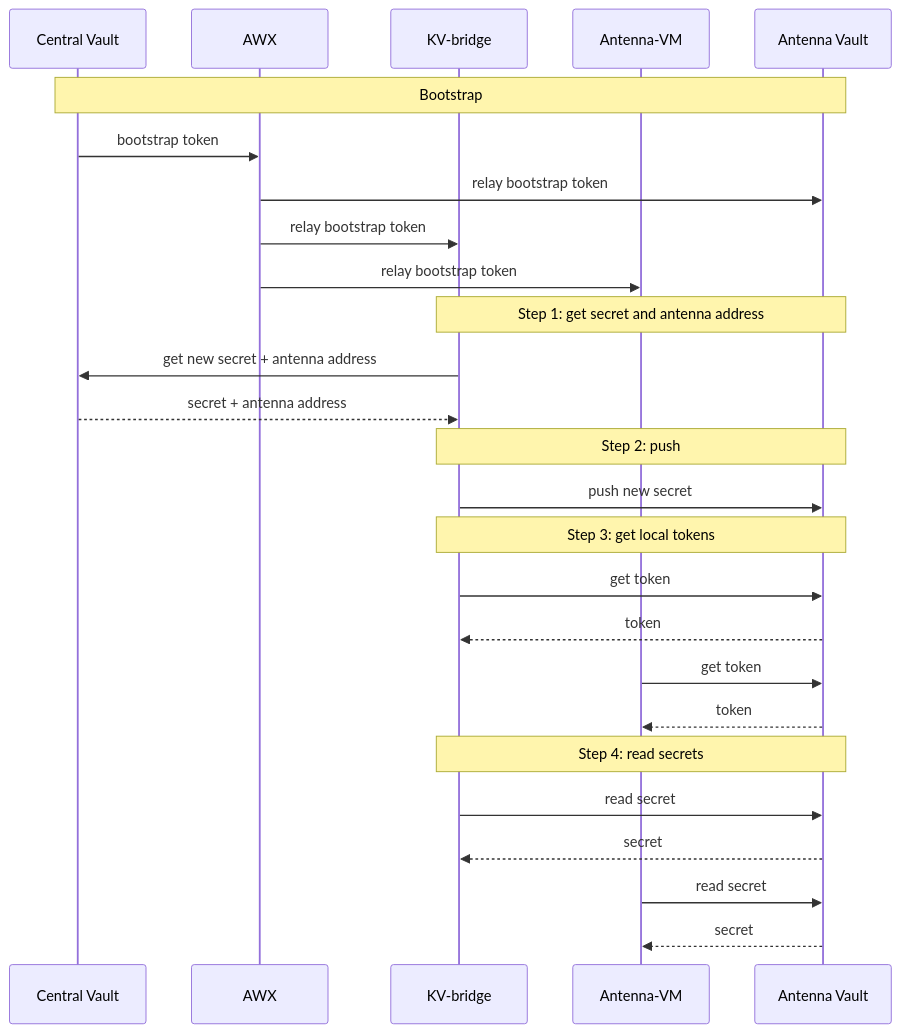
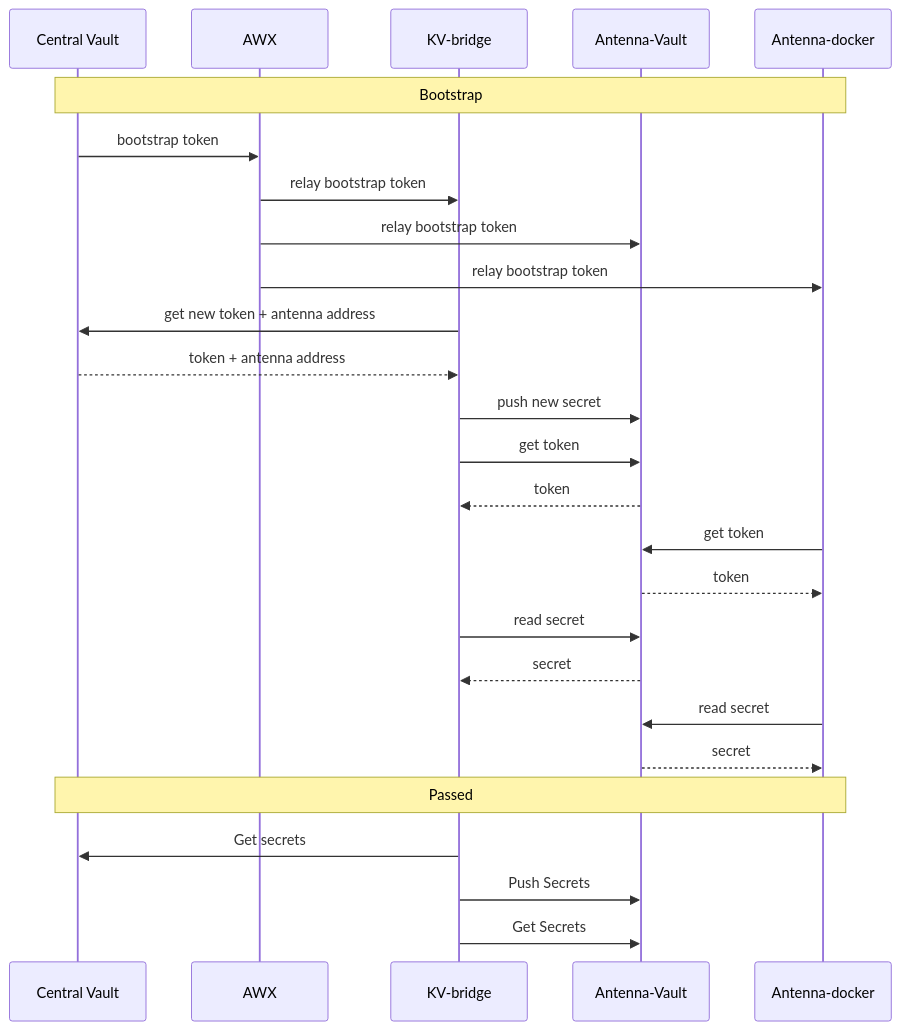
Before and after one commit to Benjy0812/kv-bridge: the diagram in flow.mermaid, drawn with Mermaid.

Commit message:
Update mermaid flow chart

```diff
--- a/flow.mermaid
+++ b/flow.mermaid
@@ -1,31 +1,33 @@
 sequenceDiagram
-participant C as Central Vault
-participant A as AWX
-participant Cam as KV-bridge
-participant T as Antenna-VM
-participant Ant as Antenna Vault
+    participant CLOUD as Central Vault
+    participant AWX as AWX
+    participant BRIDGE as KV-bridge
+    participant ANTENNA_VAULT as Antenna-Vault
+    participant ANTENNA_DOCKER as Antenna-docker
 
-Note over C,Ant: Bootstrap
-C->>A: bootstrap token
-A->>Ant: relay bootstrap token
-A->>Cam: relay bootstrap token
-A->>T: relay bootstrap token
+    Note over CLOUD,ANTENNA_DOCKER: Bootstrap
+    CLOUD->>AWX: bootstrap token
+    AWX->>BRIDGE: relay bootstrap token
+    AWX->>ANTENNA_VAULT: relay bootstrap token
+    AWX->>ANTENNA_DOCKER: relay bootstrap token
 
-Note over Cam,Ant: Step 1: get secret and antenna address
-Cam->>C: get new secret + antenna address
-C-->>Cam: secret + antenna address
+    BRIDGE->>CLOUD: get new token + antenna address
+    CLOUD-->>BRIDGE: token + antenna address
 
-Note over Cam,Ant: Step 2: push
-Cam->>Ant: push new secret
+    BRIDGE->>ANTENNA_VAULT: push new secret
+    BRIDGE->>ANTENNA_VAULT: get token
+    ANTENNA_VAULT-->>BRIDGE: token
 
-Note over Cam,Ant: Step 3: get local tokens
-Cam->>Ant: get token
-Ant-->>Cam: token
-T->>Ant: get token
-Ant-->>T: token
+    ANTENNA_DOCKER->>ANTENNA_VAULT: get token
+    ANTENNA_VAULT-->>ANTENNA_DOCKER: token
 
-Note over Cam,Ant: Step 4: read secrets
-Cam->>Ant: read secret
-Ant-->>Cam: secret
-T->>Ant: read secret
-Ant-->>T: secret
+    BRIDGE->>ANTENNA_VAULT: read secret
+    ANTENNA_VAULT-->>BRIDGE: secret
+
+    ANTENNA_DOCKER->>ANTENNA_VAULT: read secret
+    ANTENNA_VAULT-->>ANTENNA_DOCKER: secret
+
+    Note over CLOUD,ANTENNA_DOCKER: Passed
+    BRIDGE ->> CLOUD: Get secrets
+    BRIDGE ->> ANTENNA_VAULT: Push Secrets
+    BRIDGE ->> ANTENNA_VAULT: Get Secrets
```
